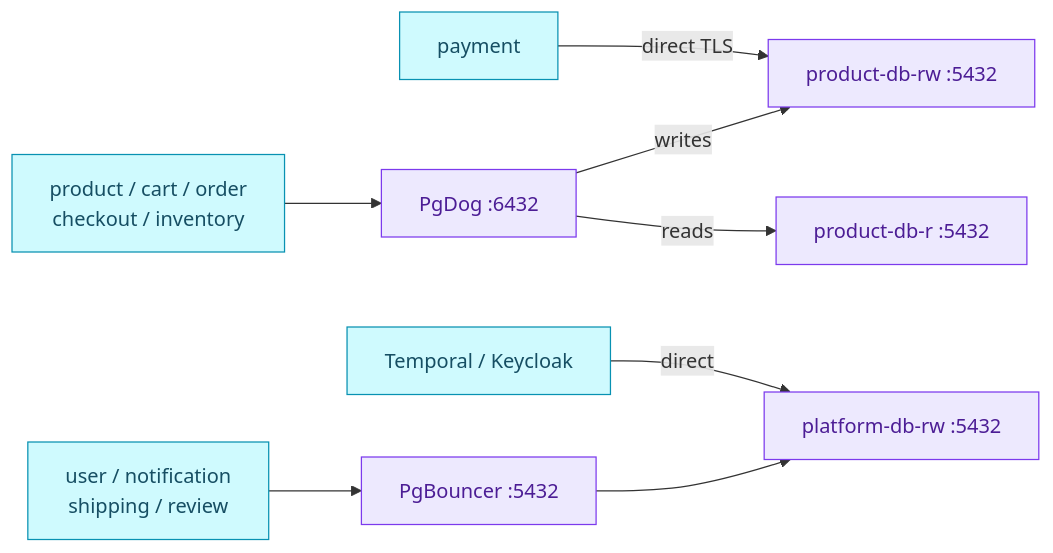
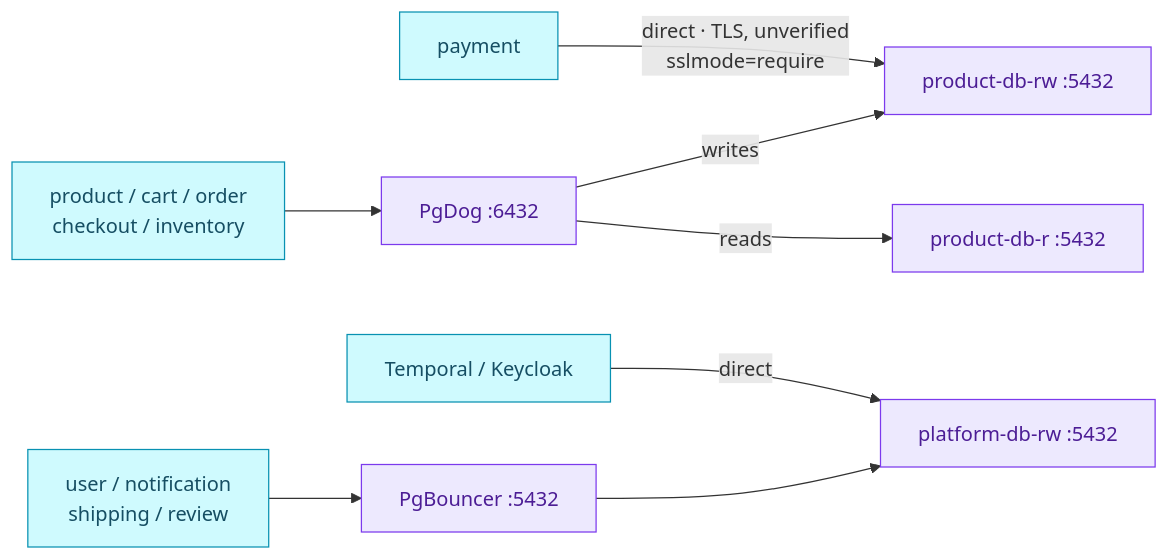
The diagram in docs/databases/poolers.md (duynhlab/homelab), drawn with Mermaid before and after one commit. The commit also changed other lines of this file and 16 other files, not shown here.

````diff
--- a/docs/databases/poolers.md
+++ b/docs/databases/poolers.md
@@ -34,16 +34,16 @@
 ```mermaid
 flowchart LR
     ProductClients["product / cart / order<br/>checkout / inventory"] --> PgDog["PgDog :6432"]
     PgDog -->|"writes"| ProductRW["product-db-rw :5432"]
     PgDog -->|"reads"| ProductR["product-db-r :5432"]
-    Payment["payment"] -->|"direct TLS"| ProductRW
+    Payment["payment"] -->|"direct · TLS, unverified<br/>sslmode=require"| ProductRW
 
     PlatformClients["user / notification<br/>shipping / review"] --> PgBouncer["PgBouncer :5432"]
     PgBouncer --> PlatformRW["platform-db-rw :5432"]
     Direct["Temporal / Keycloak"] -->|"direct"| PlatformRW
 
     classDef service fill:#cffafe,color:#164e63,stroke:#0891b2;
     classDef platform fill:#ede9fe,color:#4c1d95,stroke:#7c3aed;
     class ProductClients,Payment,PlatformClients,Direct service;
     class PgDog,PgBouncer,ProductRW,ProductR,PlatformRW platform;
 ```
````
